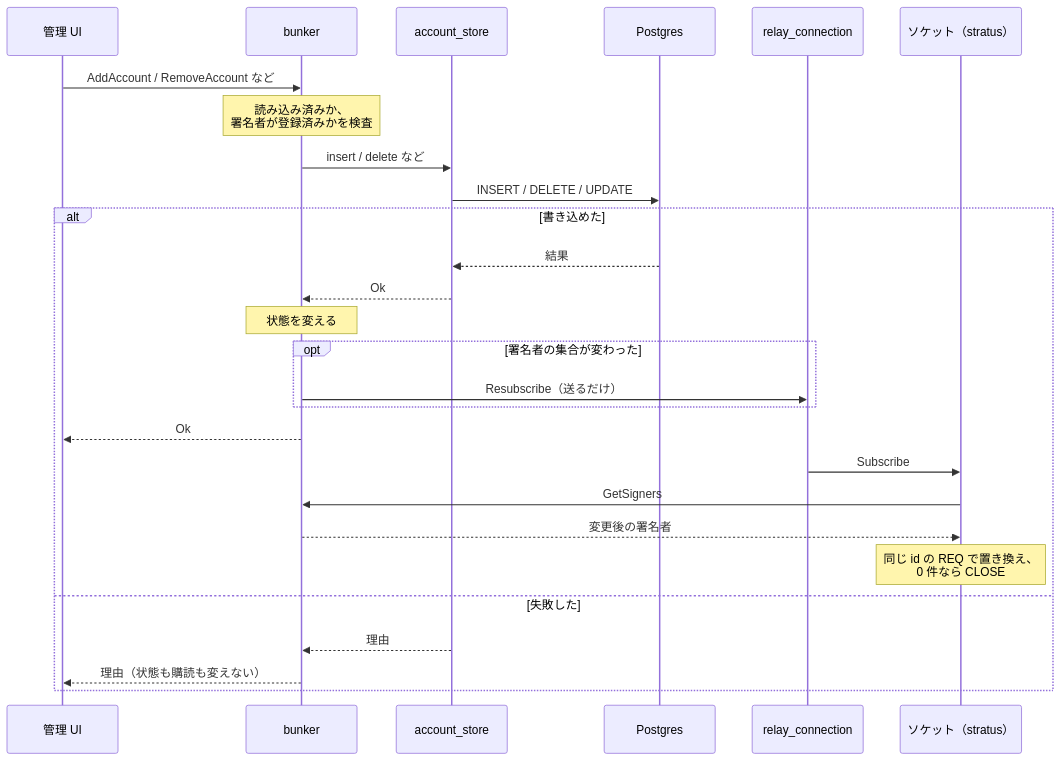
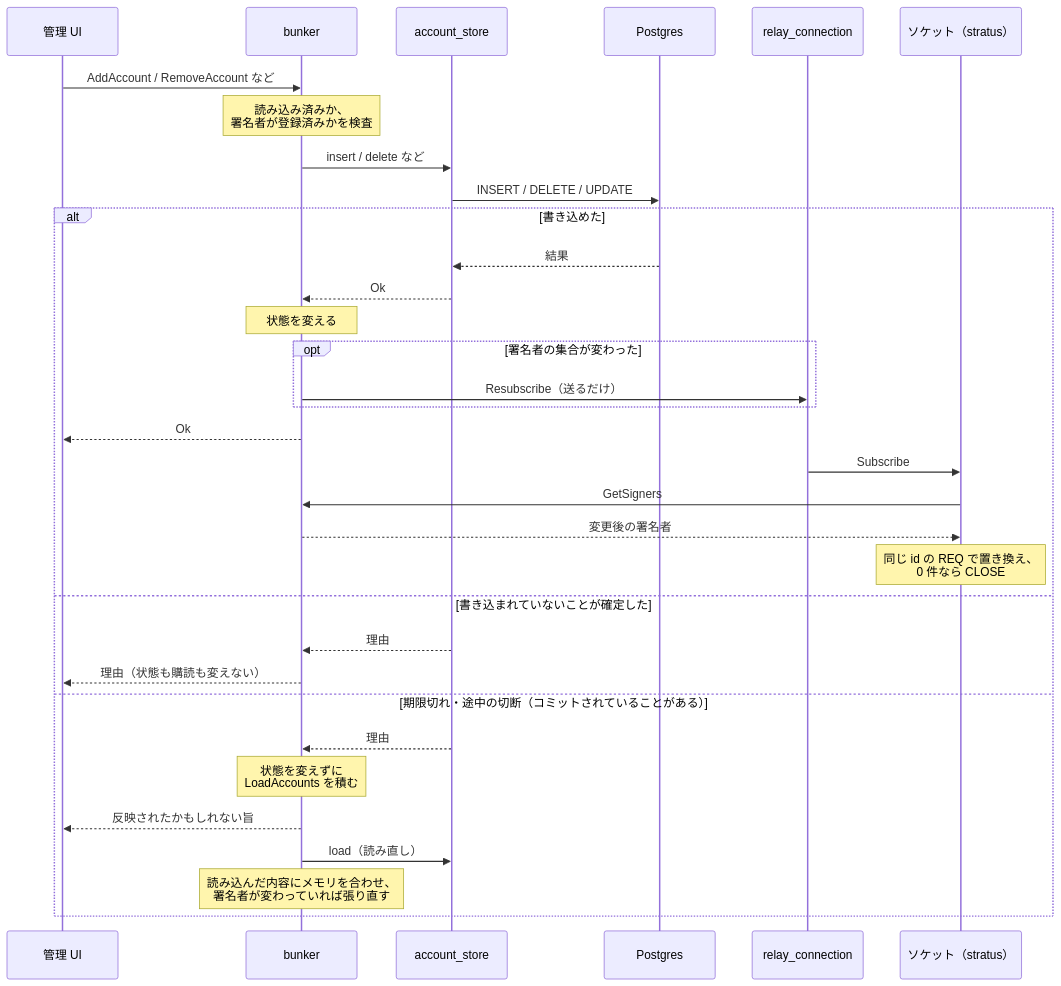
Before and after one commit to neverclear86/nostr-no-su: the fifth of 6 diagrams in docs/architecture.md, drawn with Mermaid. The commit also changed other lines of this file and 6 other files, not shown here.

````diff
--- a/docs/architecture.md
+++ b/docs/architecture.md
@@ -258,30 +258,36 @@
 ```mermaid
 sequenceDiagram
     participant ui as 管理 UI
     participant bk as bunker
     participant store as account_store
     participant db as Postgres
     participant conn as relay_connection
     participant sock as ソケット（stratus）
 
     ui->>bk: AddAccount / RemoveAccount など
     Note over bk: 読み込み済みか、<br/>署名者が登録済みかを検査
     bk->>store: insert / delete など
     store->>db: INSERT / DELETE / UPDATE
     alt 書き込めた
         db-->>store: 結果
         store-->>bk: Ok
         Note over bk: 状態を変える
         opt 署名者の集合が変わった
             bk->>conn: Resubscribe（送るだけ）
         end
         bk-->>ui: Ok
         conn->>sock: Subscribe
         sock->>bk: GetSigners
         bk-->>sock: 変更後の署名者
         Note over sock: 同じ id の REQ で置き換え、<br/>0 件なら CLOSE
-    else 失敗した
+    else 書き込まれていないことが確定した
         store-->>bk: 理由
         bk-->>ui: 理由（状態も購読も変えない）
+    else 期限切れ・途中の切断（コミットされていることがある）
+        store-->>bk: 理由
+        Note over bk: 状態を変えずに<br/>LoadAccounts を積む
+        bk-->>ui: 反映されたかもしれない旨
+        bk->>store: load（読み直し）
+        Note over bk: 読み込んだ内容にメモリを合わせ、<br/>署名者が変わっていれば張り直す
     end
 ```
````
